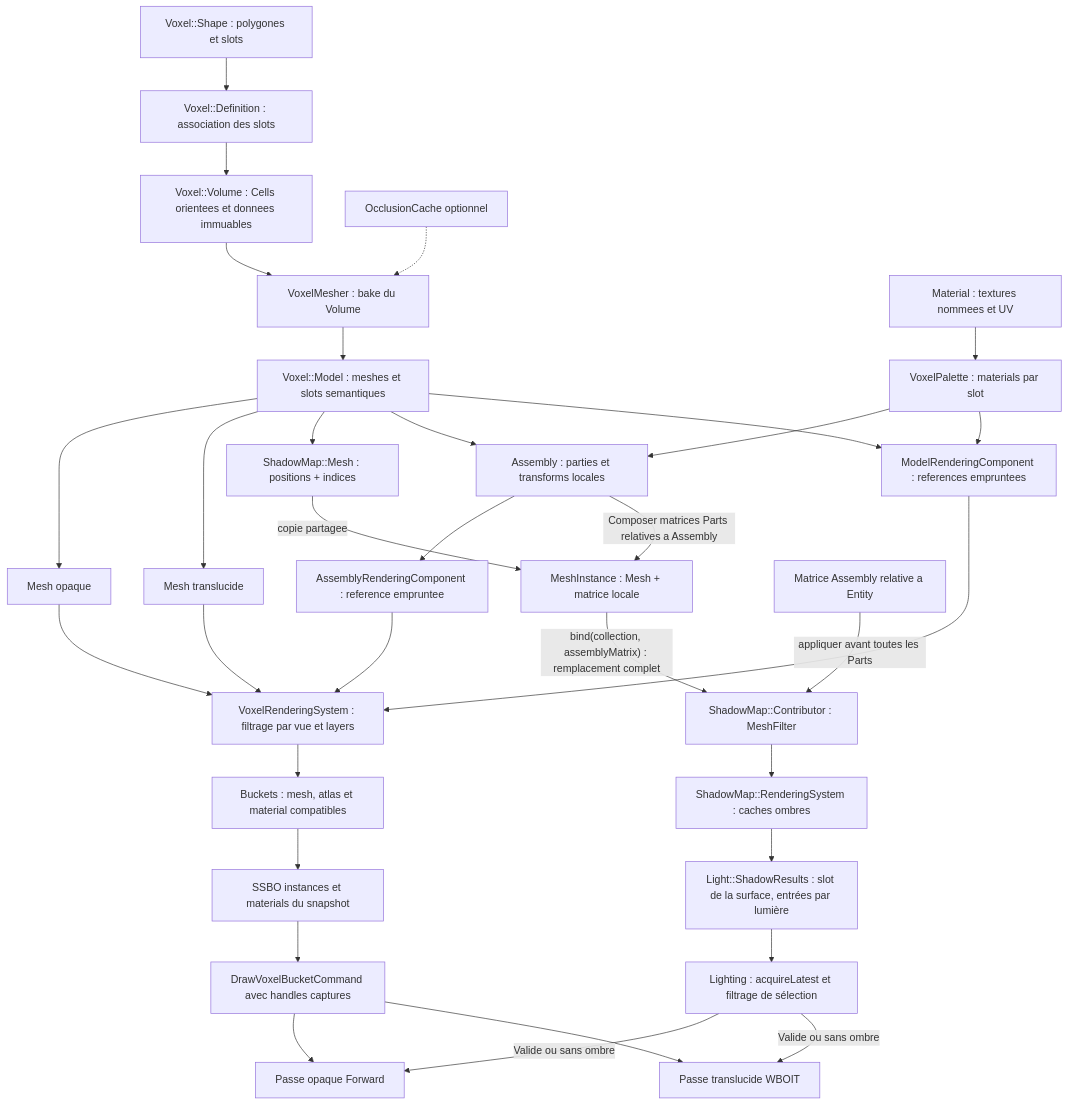
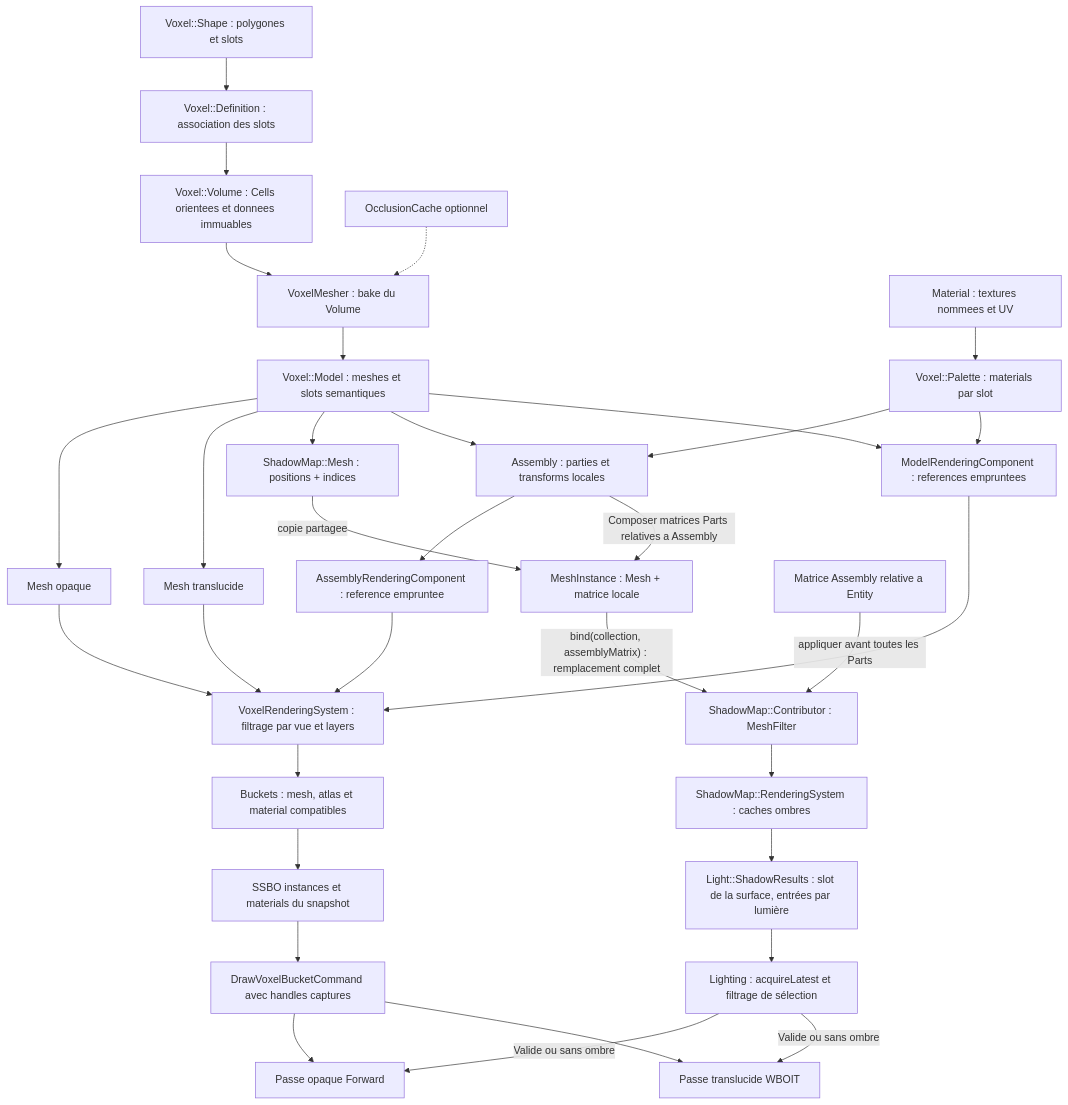
One commit to EreliaStudio/Sparkle changed diagram 20 of 20 in docs/voxel-engine-v0.1.4/08-lumieres-et-ombres.md. Above: the diagram before and after it, drawn with Mermaid.

Commit message:
PR-07: align cross-chapter references to spk::Voxel::Palette

````diff
--- a/docs/voxel-engine-v0.1.4/08-lumieres-et-ombres.md
+++ b/docs/voxel-engine-v0.1.4/08-lumieres-et-ombres.md
@@ -801,35 +801,35 @@
 ```mermaid
 flowchart TD
     Shape["Voxel::Shape : polygones et slots"] --> Definition["Voxel::Definition : association des slots"]
     Definition --> Volume["Voxel::Volume : Cells orientees et donnees immuables"]
     Volume --> Mesher["VoxelMesher : bake du Volume"]
     Occlusion["OcclusionCache optionnel"] -.-> Mesher
     Mesher --> Model["Voxel::Model : meshes et slots semantiques"]
     Model --> Opaque["Mesh opaque"]
     Model --> Translucent["Mesh translucide"]
     Model --> ShadowDepth["ShadowMap::Mesh : positions + indices"]
-    Material["Material : textures nommees et UV"] --> Palette["VoxelPalette : materials par slot"]
+    Material["Material : textures nommees et UV"] --> Palette["Voxel::Palette : materials par slot"]
     Model --> Assembly["Assembly : parties et transforms locales"]
     Palette --> Assembly
     Model --> ModelComp["ModelRenderingComponent : references empruntees"]
     Palette --> ModelComp
     Assembly --> AssemblyComp["AssemblyRenderingComponent : reference empruntee"]
     ModelComp --> VR["VoxelRenderingSystem : filtrage par vue et layers"]
     AssemblyComp --> VR
     Opaque --> VR
     Translucent --> VR
     VR --> Buckets["Buckets : mesh, atlas et material compatibles"]
     Buckets --> SSBO["SSBO instances et materials du snapshot"]
     SSBO --> Draw["DrawVoxelBucketCommand avec handles captures"]
     Draw --> Forward["Passe opaque Forward"]
     Draw --> WBOIT["Passe translucide WBOIT"]
     ShadowDepth -->|"copie partagee"| MeshPart["MeshInstance : Mesh + matrice locale"]
     Assembly -->|"Composer matrices Parts relatives a Assembly"| MeshPart
     AssemblyMatrix["Matrice Assembly relative a Entity"] -->|"appliquer avant toutes les Parts"| Caster["ShadowMap::Contributor : MeshFilter"]
     MeshPart -->|"bind(collection, assemblyMatrix) : remplacement complet"| Caster
     Caster --> Shadow["ShadowMap::RenderingSystem : caches ombres"]
     Shadow --> Out["Light::ShadowResults : slot de la surface, entrées par lumière"]
     Out --> SurfaceCheck["Lighting : acquireLatest et filtrage de sélection"]
     SurfaceCheck -->|"Valide ou sans ombre"| Forward
     SurfaceCheck -->|"Valide ou sans ombre"| WBOIT
 ```
````
